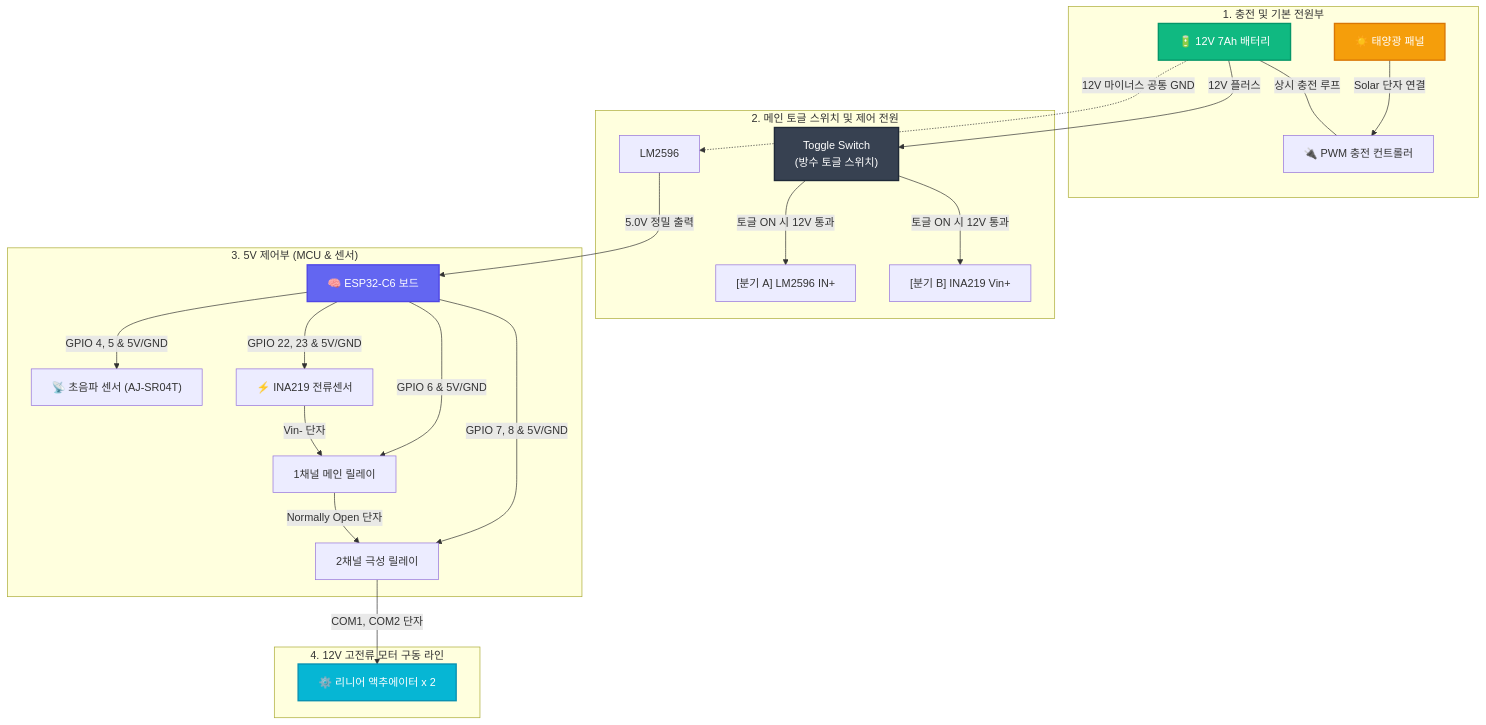
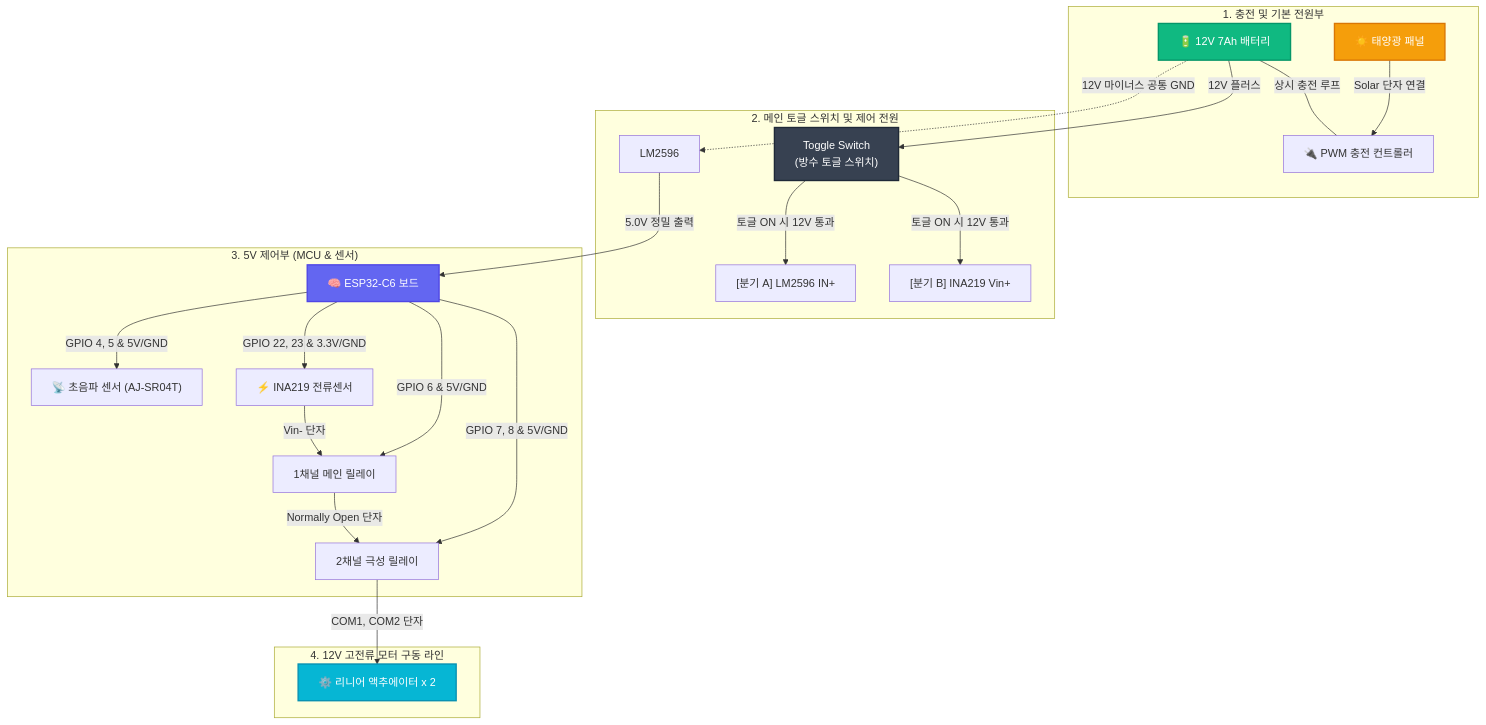
Before and after one commit to ks-house/smartbox: the diagram in docs/WIRING_GUIDE.md, drawn with Mermaid. The commit also changed other lines of this file and 52 other files, not shown here.

````diff
--- a/docs/WIRING_GUIDE.md
+++ b/docs/WIRING_GUIDE.md
@@ -11,35 +11,35 @@
 ```mermaid
 graph TD
     subgraph "1. 충전 및 기본 전원부"
         Panel["☀️ 태양광 패널"] -->|Solar 단자 연결| Controller["🔌 PWM 충전 컨트롤러"]
         Battery["🔋 12V 7Ah 배터리"] ---|상시 충전 루프| Controller
     end
 
     subgraph "2. 메인 토글 스위치 및 제어 전원"
         Switch["Toggle Switch<br>(방수 토글 스위치)"]
         Battery -->|12V 플러스| Switch
         Switch -->|토글 ON 시 12V 통과| SplitA["[분기 A] LM2596 IN+"]
         Switch -->|토글 ON 시 12V 통과| SplitB["[분기 B] INA219 Vin+"]
         Battery -.->|12V 마이너스 공통 GND| LM2596
     end
 
     subgraph "3. 5V 제어부 (MCU & 센서)"
         LM2596 -->|5.0V 정밀 출력| ESP32["🧠 ESP32-C6 보드"]
         ESP32 -->|GPIO 4, 5 & 5V/GND| Ultra["📡 초음파 센서 (AJ-SR04T)"]
-        ESP32 -->|GPIO 22, 23 & 5V/GND| INA219["⚡ INA219 전류센서"]
+        ESP32 -->|GPIO 22, 23 & 3.3V/GND| INA219["⚡ INA219 전류센서"]
         ESP32 -->|GPIO 6 & 5V/GND| Relay1["1채널 메인 릴레이"]
         ESP32 -->|GPIO 7, 8 & 5V/GND| Relay2["2채널 극성 릴레이"]
     end
 
     subgraph "4. 12V 고전류 모터 구동 라인"
         INA219 -->|Vin- 단자| Relay1
         Relay1 -->|Normally Open 단자| Relay2
         Relay2 -->|COM1, COM2 단자| Actuators["⚙️ 리니어 액추에이터 x 2"]
     end
 
     style Panel fill:#f59e0b,stroke:#d97706,stroke-width:2px,color:#fff
     style Battery fill:#10b981,stroke:#059669,stroke-width:2px,color:#fff
     style ESP32 fill:#6366f1,stroke:#4f46e5,stroke-width:2px,color:#fff
     style Actuators fill:#06b6d4,stroke:#0891b2,stroke-width:2px,color:#fff
     style Switch fill:#374151,stroke:#1f2937,stroke-width:2px,color:#fff
 ```
````
